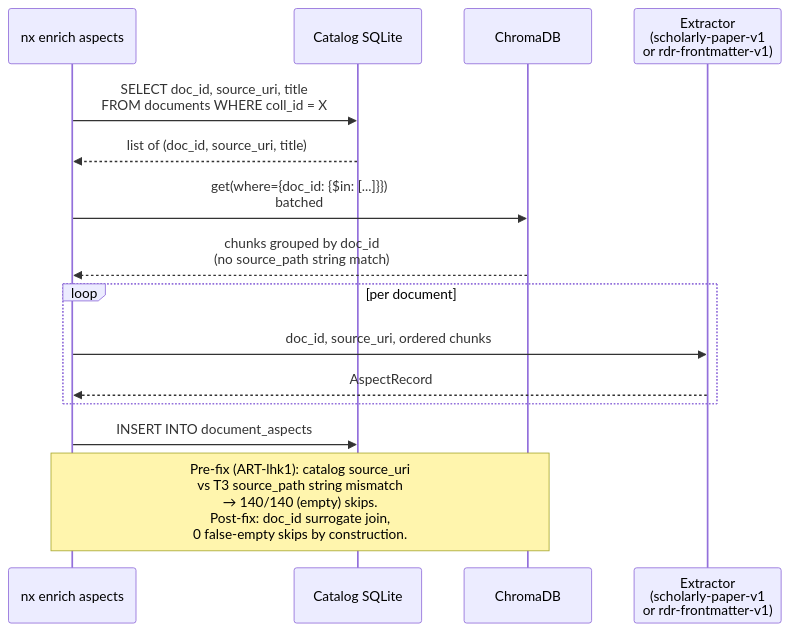
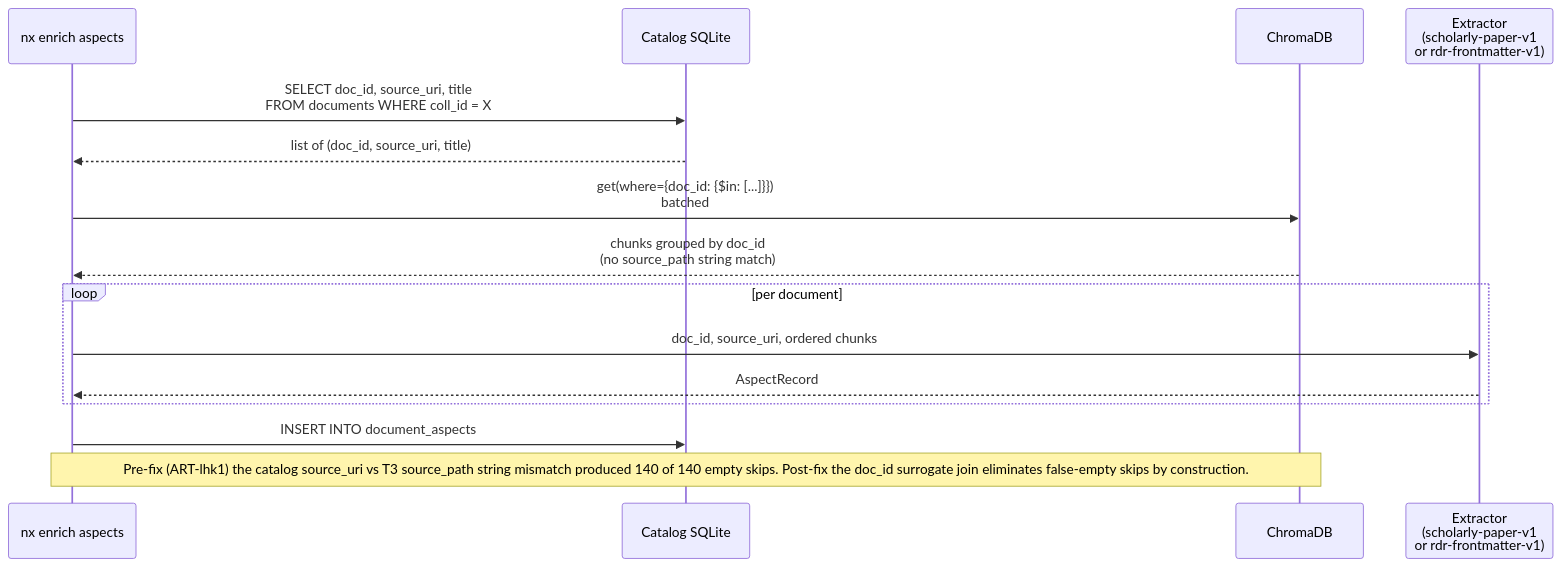
Before and after one commit to Hellblazer/nexus: the fourth of 7 diagrams in docs/rdr/rdr-101-catalog-t3-metadata-design.md, drawn with Mermaid. The commit also changed other lines of this file, not shown here.

First line of the commit message:
rdr(101): fix mermaid parse error in Doctor sequence diagram + defang risky chars in all notes

````diff
--- a/docs/rdr/rdr-101-catalog-t3-metadata-design.md
+++ b/docs/rdr/rdr-101-catalog-t3-metadata-design.md
@@ -348,18 +348,18 @@
 ```mermaid
 sequenceDiagram
     participant CLI as nx enrich aspects
     participant SQL as Catalog SQLite
     participant T3 as ChromaDB
     participant Ext as Extractor<br/>(scholarly-paper-v1<br/>or rdr-frontmatter-v1)
 
     CLI->>SQL: SELECT doc_id, source_uri, title<br/>FROM documents WHERE coll_id = X
     SQL-->>CLI: list of (doc_id, source_uri, title)
     CLI->>T3: get(where={doc_id: {$in: [...]}})<br/>batched
     T3-->>CLI: chunks grouped by doc_id<br/>(no source_path string match)
     loop per document
         CLI->>Ext: doc_id, source_uri, ordered chunks
         Ext-->>CLI: AspectRecord
     end
     CLI->>SQL: INSERT INTO document_aspects
-    Note over CLI,T3: Pre-fix (ART-lhk1): catalog source_uri<br/>vs T3 source_path string mismatch<br/>→ 140/140 (empty) skips.<br/>Post-fix: doc_id surrogate join,<br/>0 false-empty skips by construction.
+    Note over CLI,T3: Pre-fix (ART-lhk1) the catalog source_uri vs T3 source_path string mismatch produced 140 of 140 empty skips. Post-fix the doc_id surrogate join eliminates false-empty skips by construction.
 ```
````
